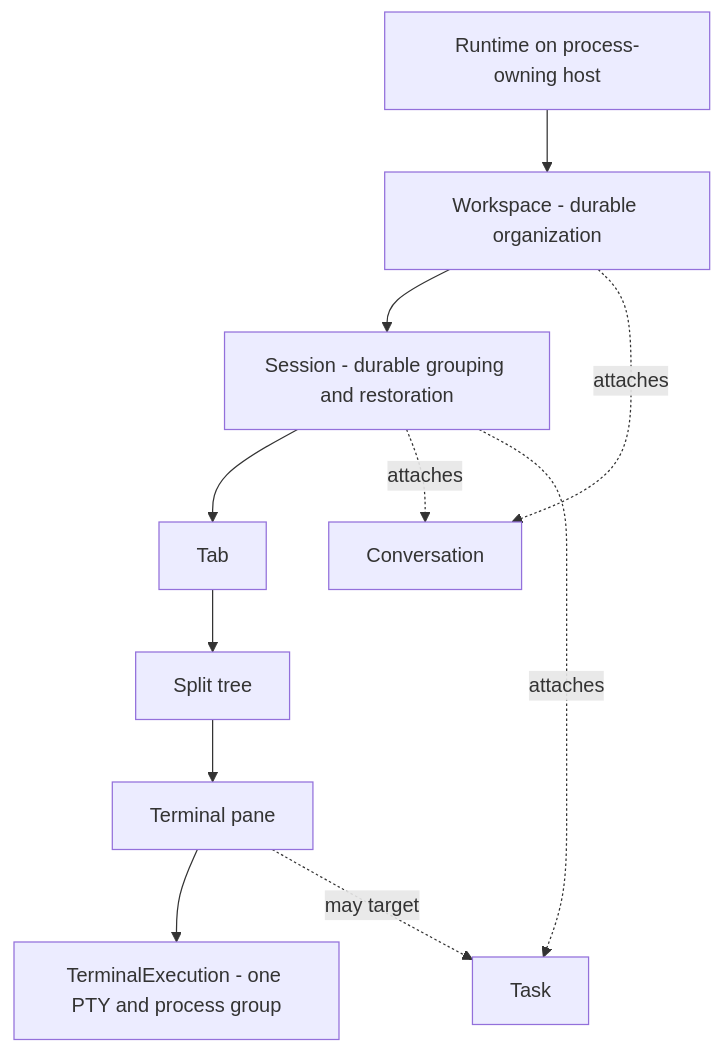
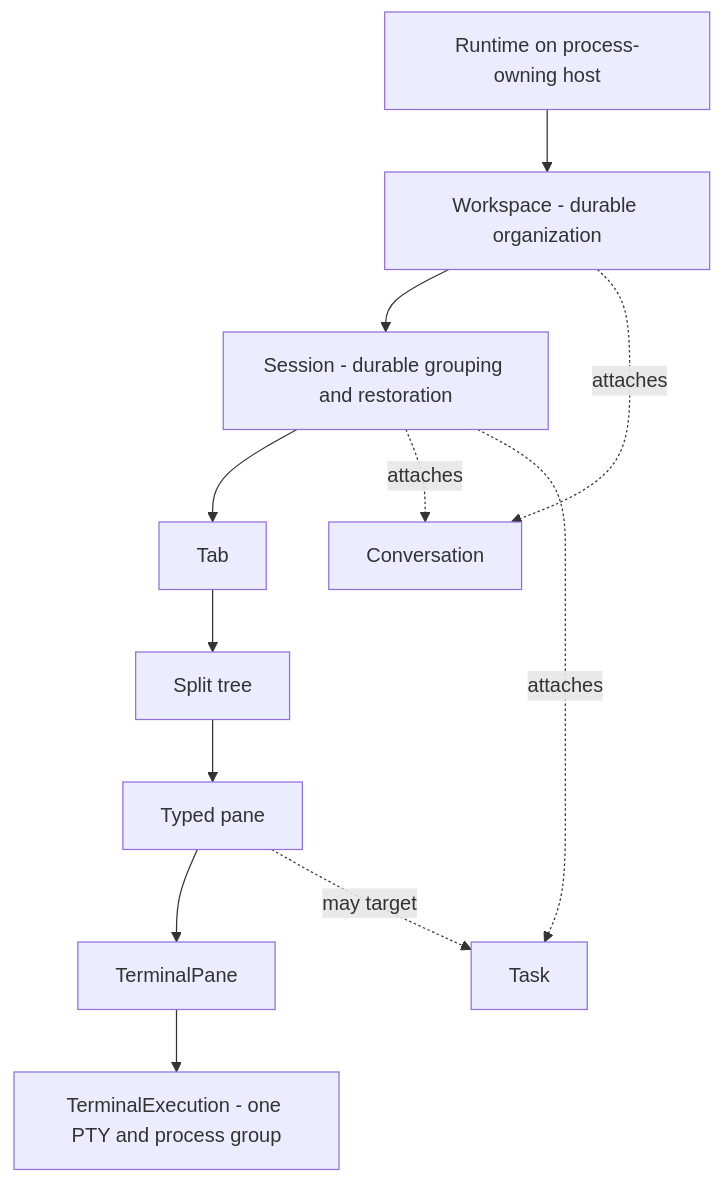
The first of 3 diagrams in docs/ARCHITECTURE.md (mahboobmonnamd/RILL), drawn with Mermaid before and after one commit. The commit also changed other lines of this file and 19 other files, not shown here.

Commit message:
docs: reconcile interactive workflow architecture

````diff
--- a/docs/ARCHITECTURE.md
+++ b/docs/ARCHITECTURE.md
@@ -21,17 +21,18 @@
 ```mermaid
 flowchart TB
   R["Runtime on process-owning host"]
   W["Workspace - durable organization"]
   S["Session - durable grouping and restoration"]
   T["Tab"]
   L["Split tree"]
-  P["Terminal pane"]
+  P["Typed pane"]
+  TP["TerminalPane"]
   E["TerminalExecution - one PTY and process group"]
   C["Conversation"]
   K["Task"]
-  R --> W --> S --> T --> L --> P --> E
+  R --> W --> S --> T --> L --> P --> TP --> E
   W -. attaches .-> C
   S -. attaches .-> C
   S -. attaches .-> K
   P -. may target .-> K
 ```
````
